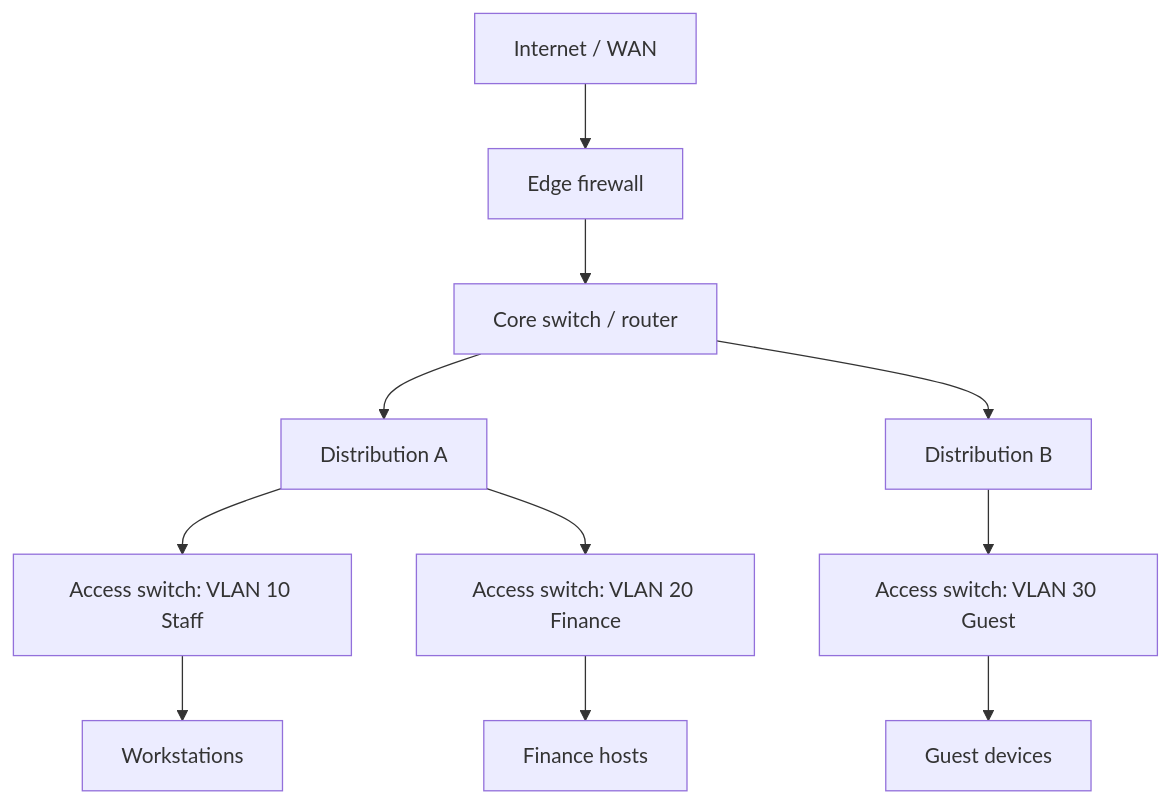
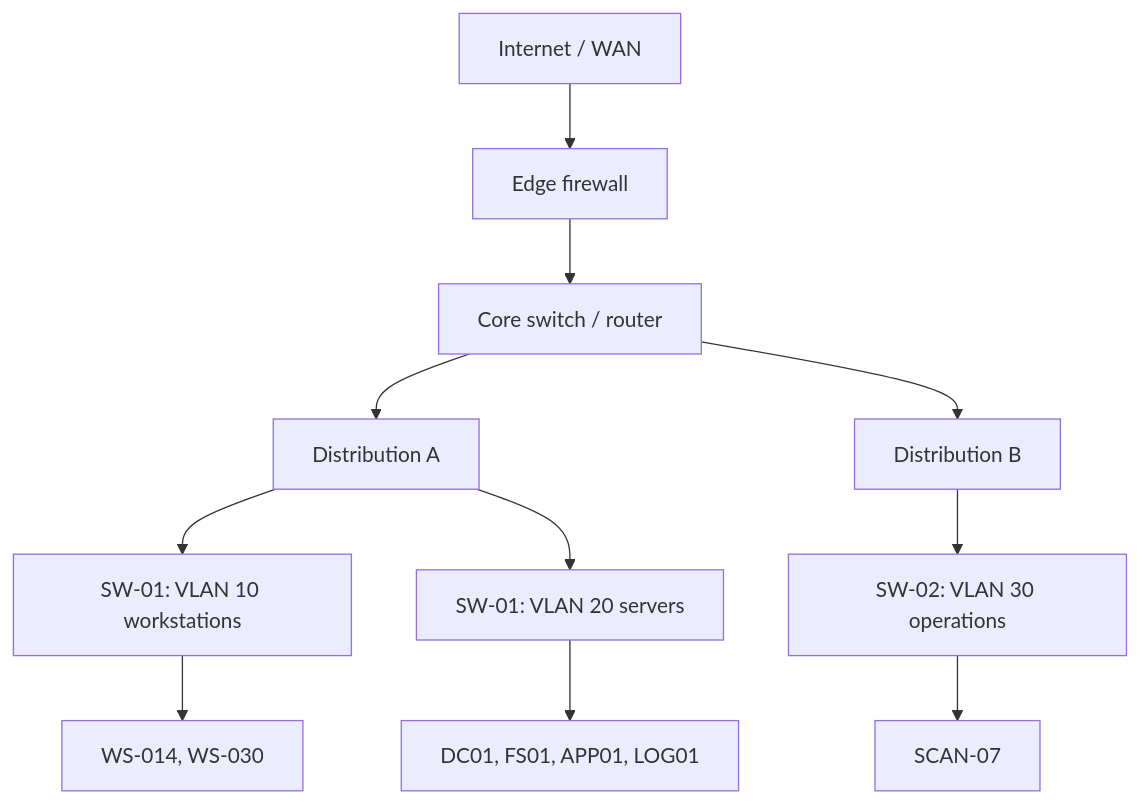
The diagram in Networking/Network Foundations/Network Types & Topologies.md (nnr-root/cybersec-crook2root-notes), drawn with Mermaid before and after one commit. The commit also changed other lines of this file and 9 other files, not shown here.

````diff
--- a/Networking/Network Foundations/Network Types & Topologies.md
+++ b/Networking/Network Foundations/Network Types & Topologies.md
@@ -77,13 +77,13 @@
 ```mermaid
 flowchart TD
     INET["Internet / WAN"] --> FW["Edge firewall"]
     FW --> CORE["Core switch / router"]
     CORE --> D1["Distribution A"]
     CORE --> D2["Distribution B"]
-    D1 --> A1["Access switch: VLAN 10 Staff"]
-    D1 --> A2["Access switch: VLAN 20 Finance"]
-    D2 --> A3["Access switch: VLAN 30 Guest"]
-    A1 --> H1["Workstations"]
-    A2 --> H2["Finance hosts"]
-    A3 --> H3["Guest devices"]
+    D1 --> A1["SW-01: VLAN 10 workstations"]
+    D1 --> A2["SW-01: VLAN 20 servers"]
+    D2 --> A3["SW-02: VLAN 30 operations"]
+    A1 --> H1["WS-014, WS-030"]
+    A2 --> H2["DC01, FS01, APP01, LOG01"]
+    A3 --> H3["SCAN-07"]
 ```
````
